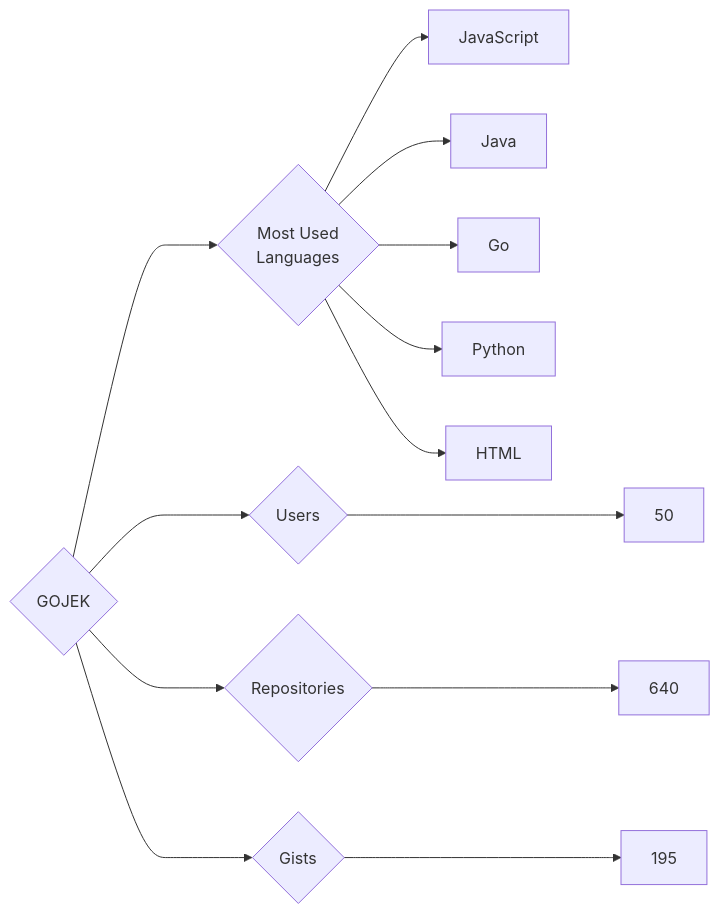
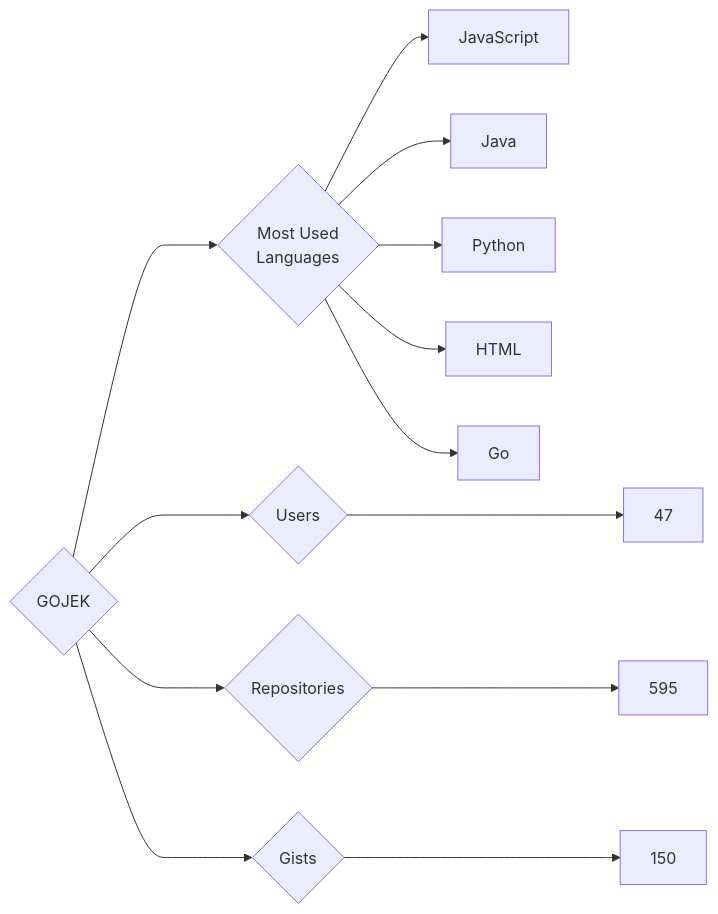
Before and after one commit to trickest/insiders: the diagram in targets/GOJEK/README.md, drawn with Mermaid. The commit also changed 882 other files, not shown here.

````diff
--- a/targets/GOJEK/README.md
+++ b/targets/GOJEK/README.md
@@ -3,13 +3,13 @@
 ```mermaid
 graph LR
 COMPANY_NAME{GOJEK}
-COMPANY_NAME ---> U{Users} ---> UN[50]
-COMPANY_NAME ---> R{Repositories} ---> RN[640]
-COMPANY_NAME ---> G{Gists} ---> GN[195]
+COMPANY_NAME ---> U{Users} ---> UN[47]
+COMPANY_NAME ---> R{Repositories} ---> RN[595]
+COMPANY_NAME ---> G{Gists} ---> GN[150]
 COMPANY_NAME ---> ML{Most Used<br>Languages}
 ML --> JavaScript[JavaScript]
 ML --> Java[Java]
-ML --> Go[Go]
 ML --> Python[Python]
 ML --> HTML[HTML]
+ML --> Go[Go]
 ```
````
